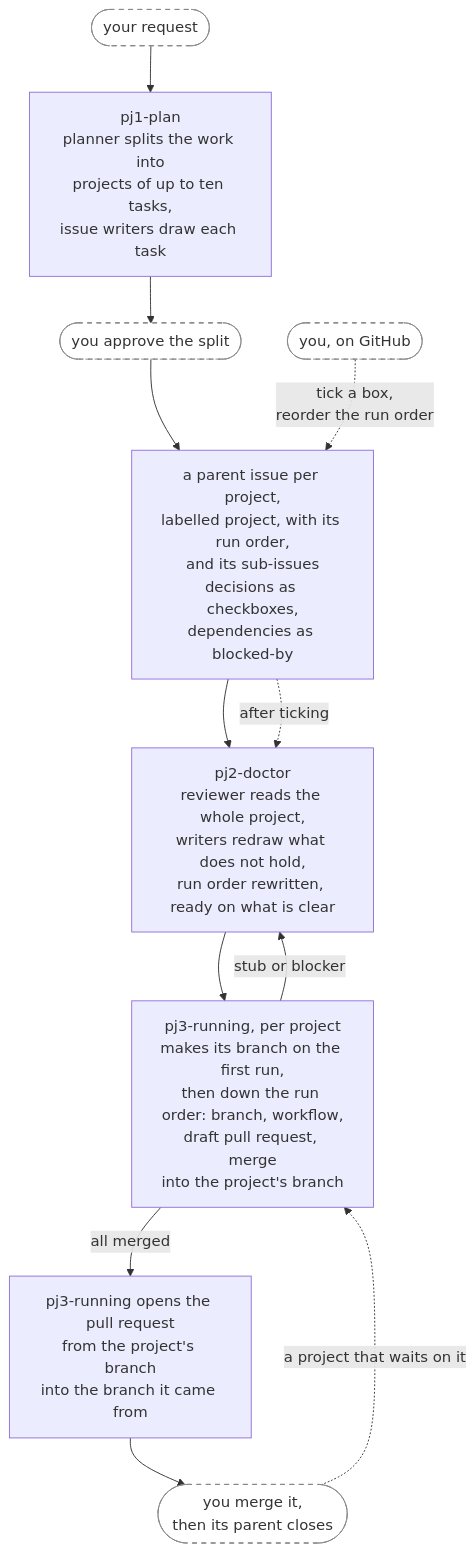
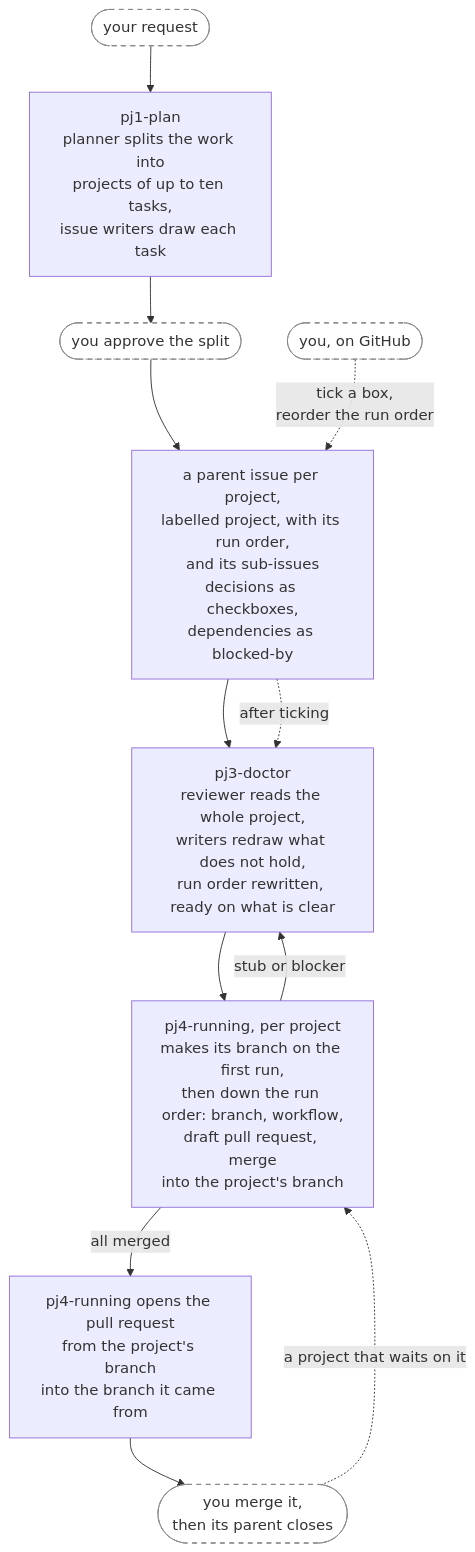
One commit to annetaan/claude-plugins changed the third of 4 diagrams in plugins/annetaan/README.md. Above: the diagram before and after it, drawn with Mermaid. The commit also changed other lines of this file and 16 other files, not shown here.

Commit message:
refactor: rename pj2-doctor to pj3-doctor and pj3-running to pj4-running

````diff
--- a/plugins/annetaan/README.md
+++ b/plugins/annetaan/README.md
@@ -219,17 +219,17 @@
 ```mermaid
 flowchart TD
     req(["your request"]) --> plan["pj1-plan<br/>planner splits the work into<br/>projects of up to ten tasks,<br/>issue writers draw each task"]
     plan --> approve(["you approve the split"]) --> filed["a parent issue per project,<br/>labelled project, with its run order,<br/>and its sub-issues<br/>decisions as checkboxes,<br/>dependencies as blocked-by"]
-    filed --> doctor["pj2-doctor<br/>reviewer reads the whole project,<br/>writers redraw what does not hold,<br/>run order rewritten, ready on what is clear"]
-    doctor --> run["pj3-running, per project<br/>makes its branch on the first run,<br/>then down the run order: branch, workflow,<br/>draft pull request, merge<br/>into the project's branch"]
+    filed --> doctor["pj3-doctor<br/>reviewer reads the whole project,<br/>writers redraw what does not hold,<br/>run order rewritten, ready on what is clear"]
+    doctor --> run["pj4-running, per project<br/>makes its branch on the first run,<br/>then down the run order: branch, workflow,<br/>draft pull request, merge<br/>into the project's branch"]
     run -->|"stub or blocker"| doctor
-    run -->|"all merged"| pr["pj3-running opens the pull request<br/>from the project's branch<br/>into the branch it came from"]
+    run -->|"all merged"| pr["pj4-running opens the pull request<br/>from the project's branch<br/>into the branch it came from"]
     pr --> done(["you merge it,<br/>then its parent closes"])
     done -.->|"a project that waits on it"| run
 
     you(["you, on GitHub"]) -.->|"tick a box,<br/>reorder the run order"| filed
     filed -.->|"after ticking"| doctor
 
     classDef human fill:#fff,stroke:#888,stroke-dasharray: 5 5
     class req,approve,you,done human
 ```
````
